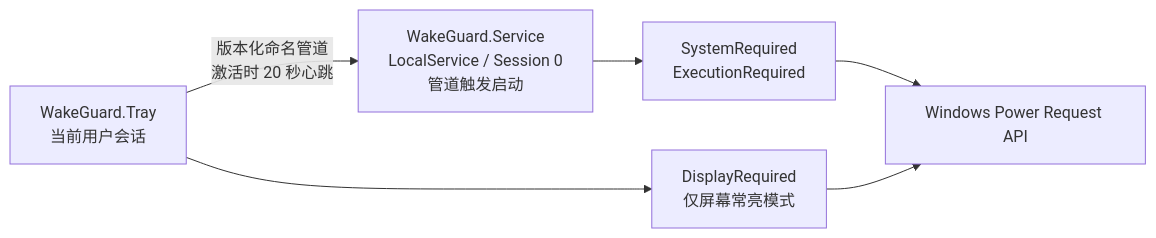
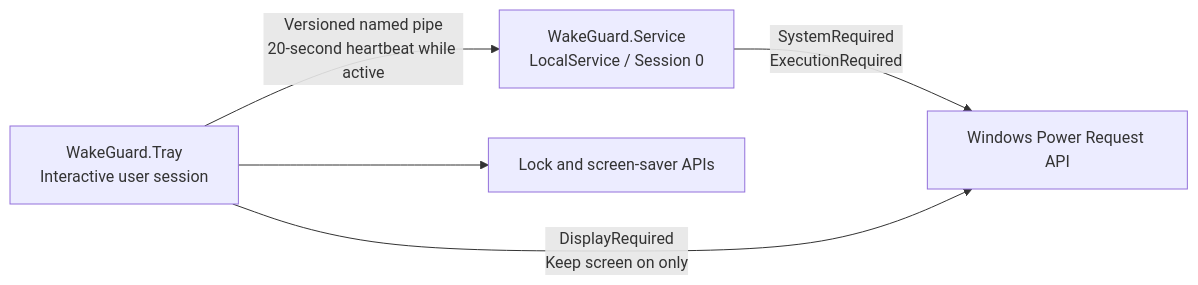
Before and after one commit to su27/wakeguard: the diagram in README.md, drawn with Mermaid. The commit also changed other lines of this file, not shown here.

````diff
--- a/README.md
+++ b/README.md
@@ -49,8 +134,12 @@
 ```mermaid
 flowchart LR
-    A["WakeGuard.Tray<br>当前用户会话"] -->|"版本化命名管道<br>激活时 20 秒心跳"| B["WakeGuard.Service<br>LocalService / Session 0<br>管道触发启动"]
-    B --> C["SystemRequired<br>ExecutionRequired"]
-    A --> D["DisplayRequired<br>仅屏幕常亮模式"]
-    C --> E["Windows Power Request API"]
-    D --> E
+    T["WakeGuard.Tray<br/>Interactive user session"]
+    S["WakeGuard.Service<br/>LocalService / Session 0"]
+    P["Windows Power Request API"]
+    W["Lock and screen-saver APIs"]
+
+    T -->|"Versioned named pipe<br/>20-second heartbeat while active"| S
+    S -->|"SystemRequired<br/>ExecutionRequired"| P
+    T -->|"DisplayRequired<br/>Keep screen on only"| P
+    T --> W
 ```
````
